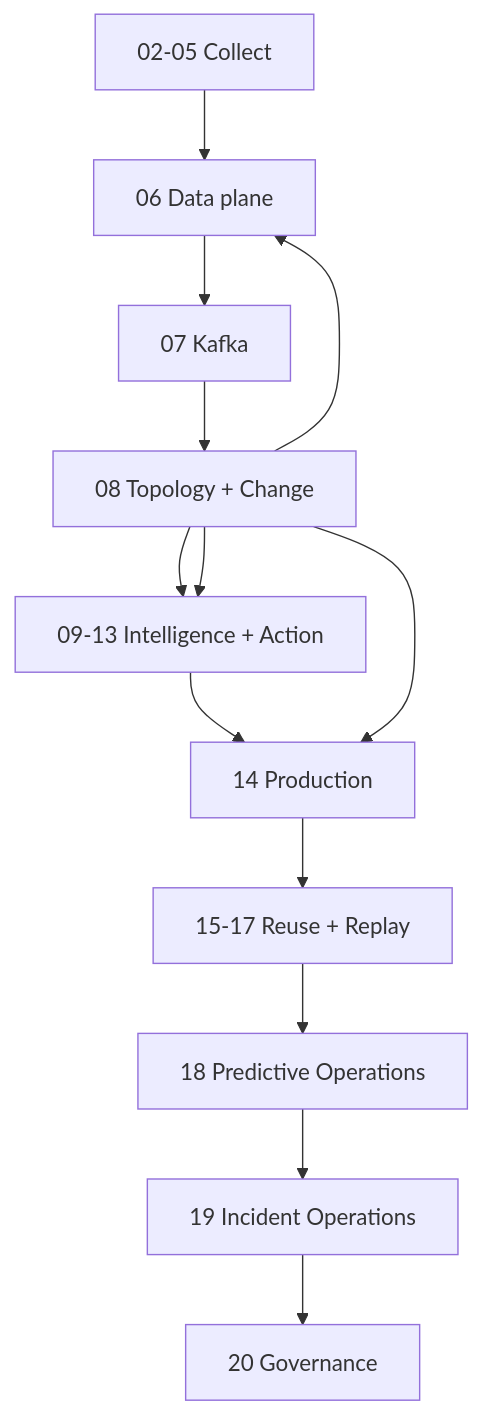
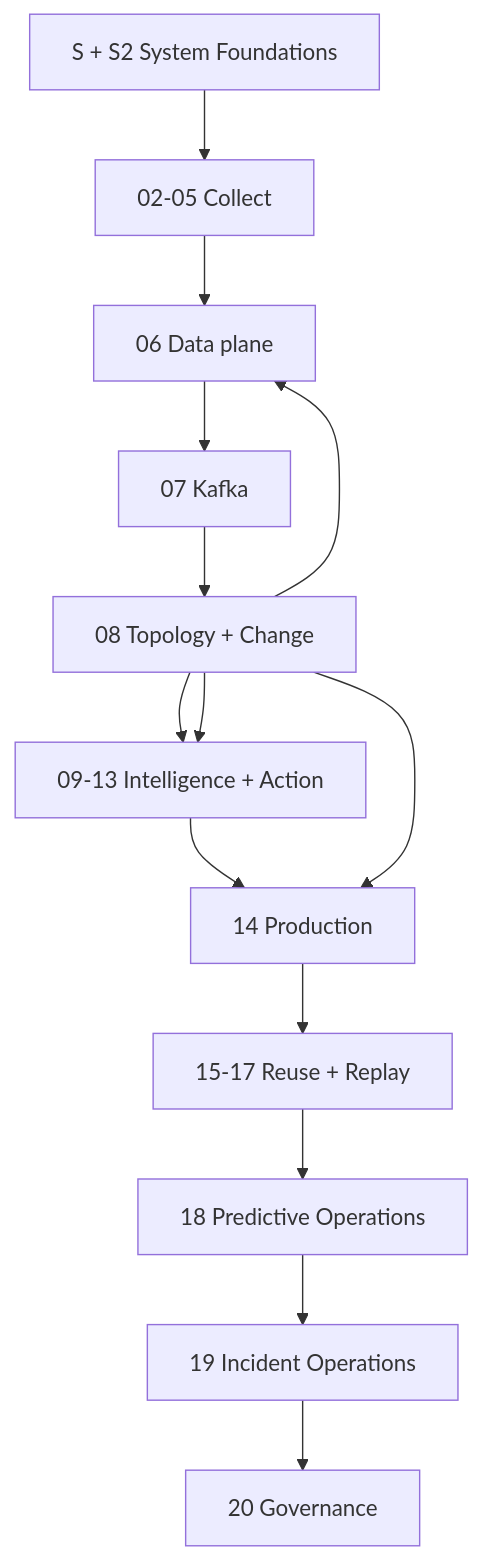
One commit to XUanhoa04/aiops-engineering-handbook changed the diagram in docs/CURRICULUM.md. Above: the diagram before and after it, drawn with Mermaid. The commit also changed other lines of this file, not shown here.

Commit message:
docs(curriculum): register System Fundamentals S2

````diff
--- a/docs/CURRICULUM.md
+++ b/docs/CURRICULUM.md
@@ -27,15 +28,16 @@
 ```mermaid
 graph TD
-    C[02-05 Collect] --> DP[06 Data plane]
+    SF[S + S2 System Foundations] --> C[02-05 Collect]
+    C --> DP[06 Data plane]
     DP --> K[07 Kafka]
     K --> TC[08 Topology + Change]
     TC --> I[09-13 Intelligence + Action]
     I --> A[14 Production]
     A --> CS[15-17 Reuse + Replay]
     CS --> P[18 Predictive Operations]
     P --> O[19 Incident Operations]
     O --> G[20 Governance]
     TC --> DP
     TC --> I
     TC --> A
 ```
````
